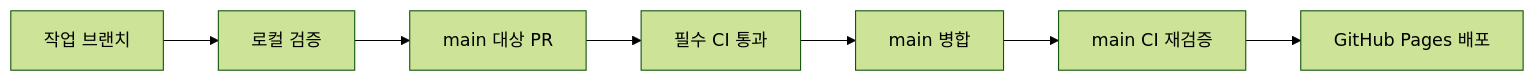
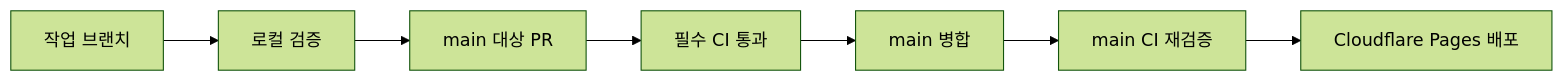
One commit to NaNIsaac/prompt-gallery changed the diagram in docs/development.md. Above: the diagram before and after it, drawn with Mermaid (forest theme). The commit also changed other lines of this file and 1 other file, not shown here.

Commit message:
Align contributor publishing instructions with Cloudflare delivery

````diff
--- a/docs/development.md
+++ b/docs/development.md
@@ -5,9 +5,9 @@
 ```mermaid
 flowchart LR
   A[작업 브랜치] --> B[로컬 검증]
   B --> C[main 대상 PR]
   C --> D[필수 CI 통과]
   D --> E[main 병합]
   E --> F[main CI 재검증]
-  F --> G[GitHub Pages 배포]
+  F --> G[Cloudflare Pages 배포]
 ```
````
